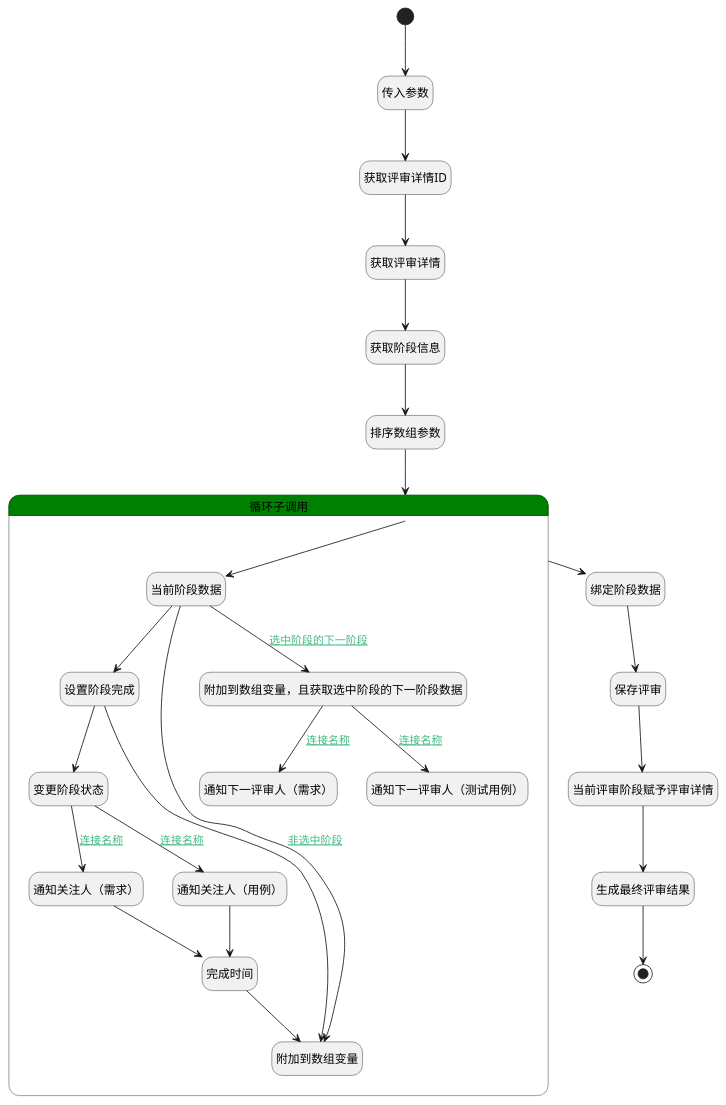
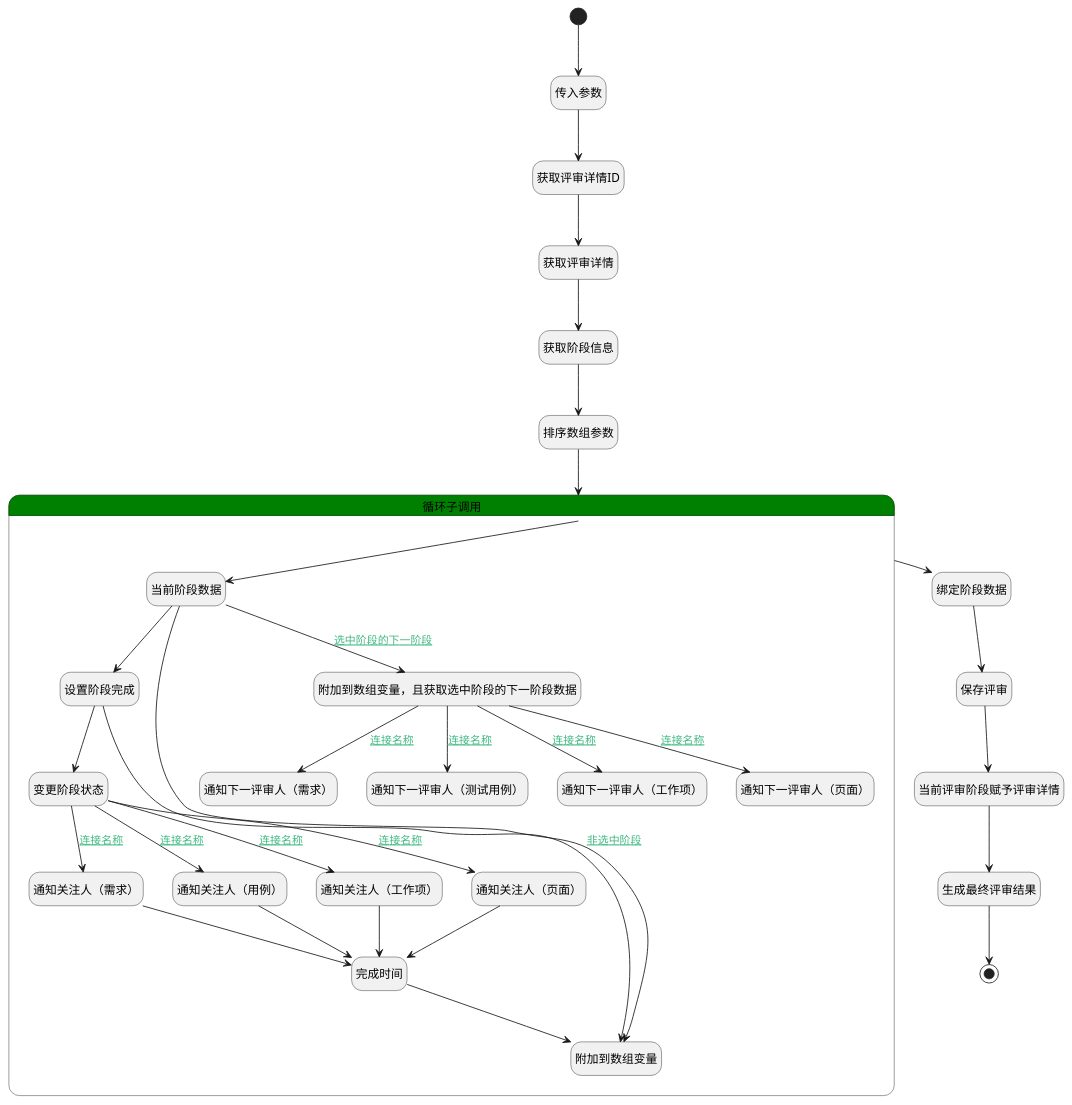
The diagram in doc/docsify/module/TestMgmt/review_content/logic/complete_review.md (iBizLab/plm), drawn with PlantUML before and after one commit. The commit also changed other lines of this file and 686 other files, not shown here.

````diff
--- a/doc/docsify/module/TestMgmt/review_content/logic/complete_review.md
+++ b/doc/docsify/module/TestMgmt/review_content/logic/complete_review.md
@@ -7,63 +7,73 @@
 ```plantuml
 @startuml
 hide empty description
 <style>
 root {
   HyperlinkColor #42b983
 }
 </style>
 
 hide empty description
 state "开始" as Begin <<start>> [[$./complete_review#begin {"开始"}]]
 state "结束" as END1 <<end>> [[$./complete_review#end1 {"结束"}]]
 state "传入参数" as DEBUGPARAM1  [[$./complete_review#debugparam1 {"传入参数"}]]
 state "获取评审详情ID" as PREPAREPARAM1  [[$./complete_review#prepareparam1 {"获取评审详情ID"}]]
 state "获取评审详情" as DEACTION1  [[$./complete_review#deaction1 {"获取评审详情"}]]
 state "获取阶段信息" as PREPAREPARAM2  [[$./complete_review#prepareparam2 {"获取阶段信息"}]]
 state "排序数组参数" as SORTPARAM1  [[$./complete_review#sortparam1 {"排序数组参数"}]]
 state "绑定阶段数据" as PREPAREPARAM5  [[$./complete_review#prepareparam5 {"绑定阶段数据"}]]
 state "保存评审" as DEACTION2  [[$./complete_review#deaction2 {"保存评审"}]]
 state "当前评审阶段赋予评审详情" as PREPAREPARAM7  [[$./complete_review#prepareparam7 {"当前评审阶段赋予评审详情"}]]
 state "生成最终评审结果" as DELOGIC1  [[$./complete_review#delogic1 {"生成最终评审结果"}]]
 state "循环子调用" as LOOPSUBCALL1  [[$./complete_review#loopsubcall1 {"循环子调用"}]] #green {
 state "当前阶段数据" as DEBUGPARAM2  [[$./complete_review#debugparam2 {"当前阶段数据"}]]
 state "设置阶段完成" as PREPAREPARAM3  [[$./complete_review#prepareparam3 {"设置阶段完成"}]]
 state "变更阶段状态" as PREPAREPARAM6  [[$./complete_review#prepareparam6 {"变更阶段状态"}]]
 state "通知关注人（需求）" as DENOTIFY3  [[$./complete_review#denotify3 {"通知关注人（需求）"}]]
 state "通知关注人（用例）" as DENOTIFY4  [[$./complete_review#denotify4 {"通知关注人（用例）"}]]
+state "通知关注人（工作项）" as DENOTIFY7  [[$./complete_review#denotify7 {"通知关注人（工作项）"}]]
+state "通知关注人（页面）" as DENOTIFY8  [[$./complete_review#denotify8 {"通知关注人（页面）"}]]
 state "完成时间" as RAWSFCODE1  [[$./complete_review#rawsfcode1 {"完成时间"}]]
 state "附加到数组变量" as PREPAREPARAM4  [[$./complete_review#prepareparam4 {"附加到数组变量"}]]
 state "附加到数组变量，且获取选中阶段的下一阶段数据" as PREPAREPARAM8  [[$./complete_review#prepareparam8 {"附加到数组变量，且获取选中阶段的下一阶段数据"}]]
 state "通知下一评审人（需求）" as DENOTIFY1  [[$./complete_review#denotify1 {"通知下一评审人（需求）"}]]
 state "通知下一评审人（测试用例）" as DENOTIFY2  [[$./complete_review#denotify2 {"通知下一评审人（测试用例）"}]]
+state "通知下一评审人（工作项）" as DENOTIFY6  [[$./complete_review#denotify6 {"通知下一评审人（工作项）"}]]
+state "通知下一评审人（页面）" as DENOTIFY5  [[$./complete_review#denotify5 {"通知下一评审人（页面）"}]]
 }
 
 
 Begin --> DEBUGPARAM1
 DEBUGPARAM1 --> PREPAREPARAM1
 PREPAREPARAM1 --> DEACTION1
 DEACTION1 --> PREPAREPARAM2
 PREPAREPARAM2 --> SORTPARAM1
 SORTPARAM1 --> LOOPSUBCALL1
 LOOPSUBCALL1 --> PREPAREPARAM5
 PREPAREPARAM5 --> DEACTION2
 DEACTION2 --> PREPAREPARAM7
 PREPAREPARAM7 --> DELOGIC1
 DELOGIC1 --> END1
 LOOPSUBCALL1 --> DEBUGPARAM2
 DEBUGPARAM2 --> PREPAREPARAM3
 PREPAREPARAM3 --> PREPAREPARAM6
 PREPAREPARAM6 --> DENOTIFY3 : [[$./complete_review#prepareparam6-denotify3{连接名称} 连接名称]]
 DENOTIFY3 --> RAWSFCODE1
 RAWSFCODE1 --> PREPAREPARAM4
 PREPAREPARAM6 --> DENOTIFY4 : [[$./complete_review#prepareparam6-denotify4{连接名称} 连接名称]]
 DENOTIFY4 --> RAWSFCODE1
+PREPAREPARAM6 --> DENOTIFY7 : [[$./complete_review#prepareparam6-denotify7{连接名称} 连接名称]]
+DENOTIFY7 --> RAWSFCODE1
+PREPAREPARAM6 --> DENOTIFY8 : [[$./complete_review#prepareparam6-denotify8{连接名称} 连接名称]]
+DENOTIFY8 --> RAWSFCODE1
 PREPAREPARAM3 --> PREPAREPARAM4
 DEBUGPARAM2 --> PREPAREPARAM4 : [[$./complete_review#debugparam2-prepareparam4{非选中阶段} 非选中阶段]]
 DEBUGPARAM2 --> PREPAREPARAM8 : [[$./complete_review#debugparam2-prepareparam8{选中阶段的下一阶段} 选中阶段的下一阶段]]
 PREPAREPARAM8 --> DENOTIFY1 : [[$./complete_review#prepareparam8-denotify1{连接名称} 连接名称]]
 PREPAREPARAM8 --> DENOTIFY2 : [[$./complete_review#prepareparam8-denotify2{连接名称} 连接名称]]
+PREPAREPARAM8 --> DENOTIFY6 : [[$./complete_review#prepareparam8-denotify6{连接名称} 连接名称]]
+PREPAREPARAM8 --> DENOTIFY5 : [[$./complete_review#prepareparam8-denotify5{连接名称} 连接名称]]
 
 
 @enduml
 ```
````
